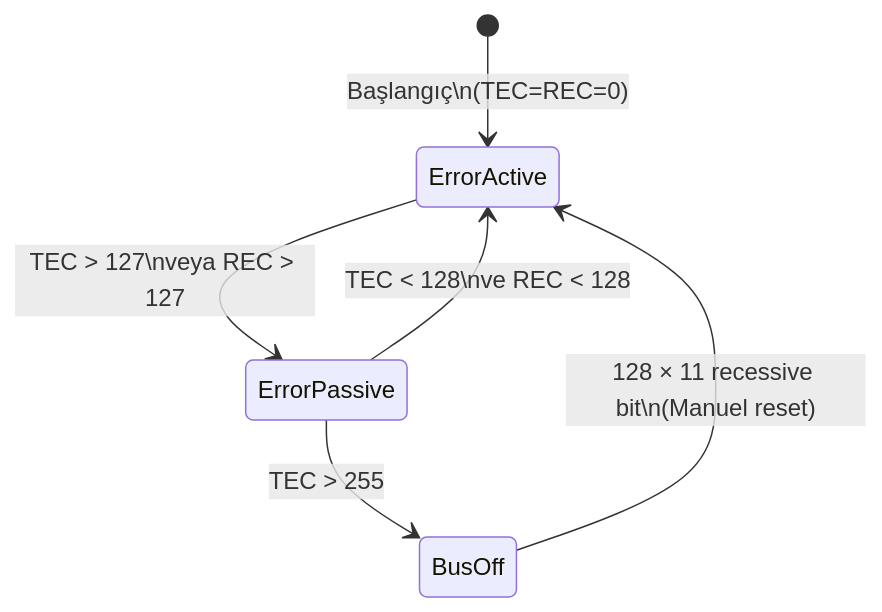
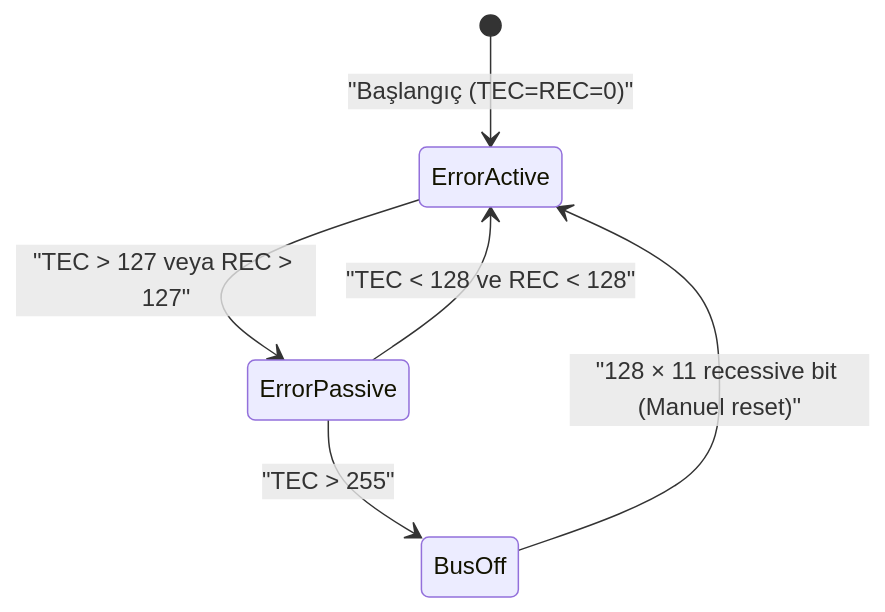
One commit to serkanMzlm/MechatronicsNotebook changed the fourth of 9 diagrams in docs/md/communication/protocol.md. Above: the diagram before and after it, drawn with Mermaid. The commit also changed other lines of this file and 2 other files, not shown here.

````diff
--- a/docs/md/communication/protocol.md
+++ b/docs/md/communication/protocol.md
@@ -350,8 +193,8 @@
 ```mermaid
 stateDiagram-v2
-    [*] --> ErrorActive: Başlangıç\n(TEC=REC=0)
-    ErrorActive --> ErrorPassive: TEC > 127\nveya REC > 127
-    ErrorPassive --> ErrorActive: TEC < 128\nve REC < 128
-    ErrorPassive --> BusOff: TEC > 255
-    BusOff --> ErrorActive: 128 × 11 recessive bit\n(Manuel reset)
+    [*] --> ErrorActive: "Başlangıç (TEC=REC=0)"
+    ErrorActive --> ErrorPassive: "TEC > 127 veya REC > 127"
+    ErrorPassive --> ErrorActive: "TEC < 128 ve REC < 128"
+    ErrorPassive --> BusOff: "TEC > 255"
+    BusOff --> ErrorActive: "128 × 11 recessive bit (Manuel reset)"
 ```
````
